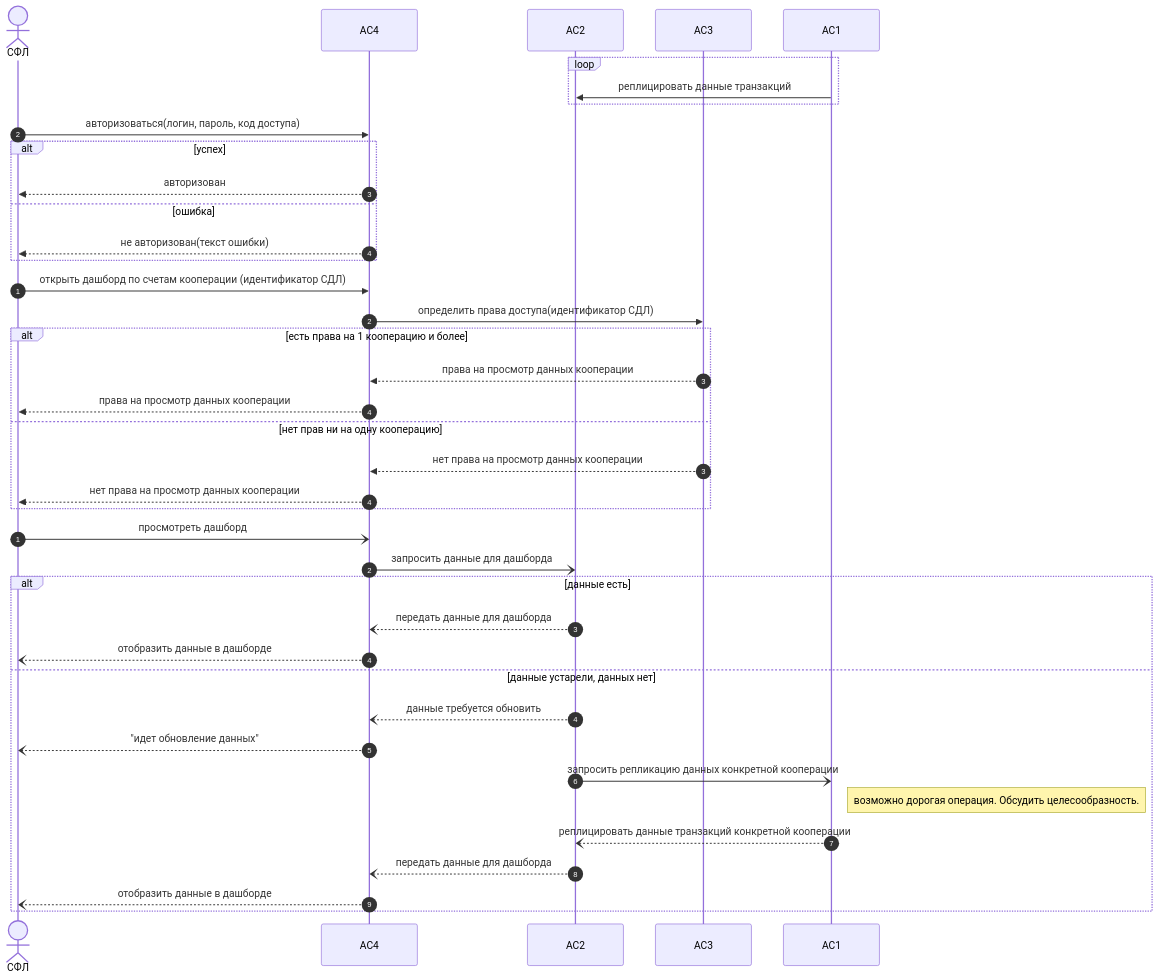
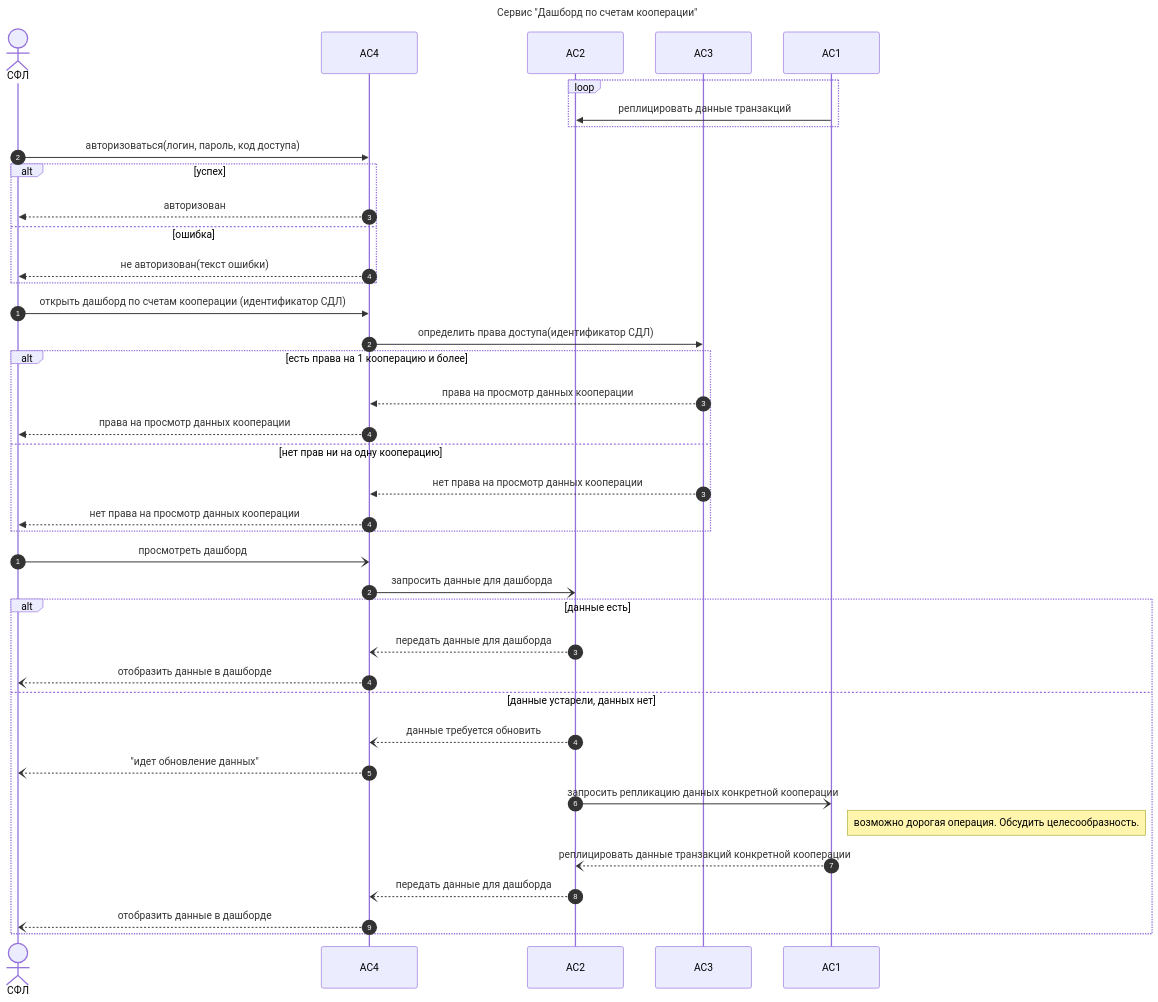
Before and after one commit to oleshko-g/sa_cases: the second of 2 diagrams in corporate_banking/# case.md, drawn with Mermaid.

Commit message:
Добавить заголвоок sequence диаграммы в corporate_banking

````diff
--- a/corporate_banking/# case.md
+++ b/corporate_banking/# case.md
@@ -63,51 +63,54 @@
 ```mermaid
+---
+title: Сервис "Дашборд по счетам кооперации"
+---
 sequenceDiagram
 actor СФЛ
 participant АС4
 participant АС2
 participant АС3
 participant АС1
 
 loop
 АС1->>АС2:реплицировать данные транзакций
 end 
 
 autonumber
 СФЛ->>АС4: авторизоваться(логин, пароль, код доступа)
 
 alt успех
 АС4-->>СФЛ: авторизован
 else ошибка
 АС4-->>СФЛ: не авторизован(текст ошибки)
 end
 
 autonumber 1
 СФЛ->>АС4: открыть дашборд по счетам кооперации (идентификатор СДЛ)
 АС4->>АС3: определить права доступа(идентификатор СДЛ)
 
 alt есть права на 1 кооперацию и более
 АС3-->>АС4: права на просмотр данных кооперации
 АС4-->>СФЛ: права на просмотр данных кооперации
 else нет прав ни на одну кооперацию
 autonumber 3
 АС3-->>АС4: нет права на просмотр данных кооперации
 АС4-->>СФЛ: нет права на просмотр данных кооперации
 end 
 
 autonumber 1
 СФЛ-)АС4: просмотреть дашборд
 АС4-)АС2: запросить данные для дашборда
 alt данные есть
 АС2--)АС4: передать данные для дашборда
 АС4--)СФЛ: отобразить данные в дашборде
 else данные устарели, данных нет
 autonumber 4
 АС2--)АС4: данные требуется обновить 
 АС4--)СФЛ: "идет обновление данных"
 АС2-)АС1: запросить репликацию данных конкретной кооперации
 note right of АС1: возможно дорогая операция. Обсудить целесообразность.
 АС1--)АС2: реплицировать данные транзакций конкретной кооперации
 АС2--)АС4: передать данные для дашборда
 АС4--)СФЛ: отобразить данные в дашборде
 end
 ```
````
